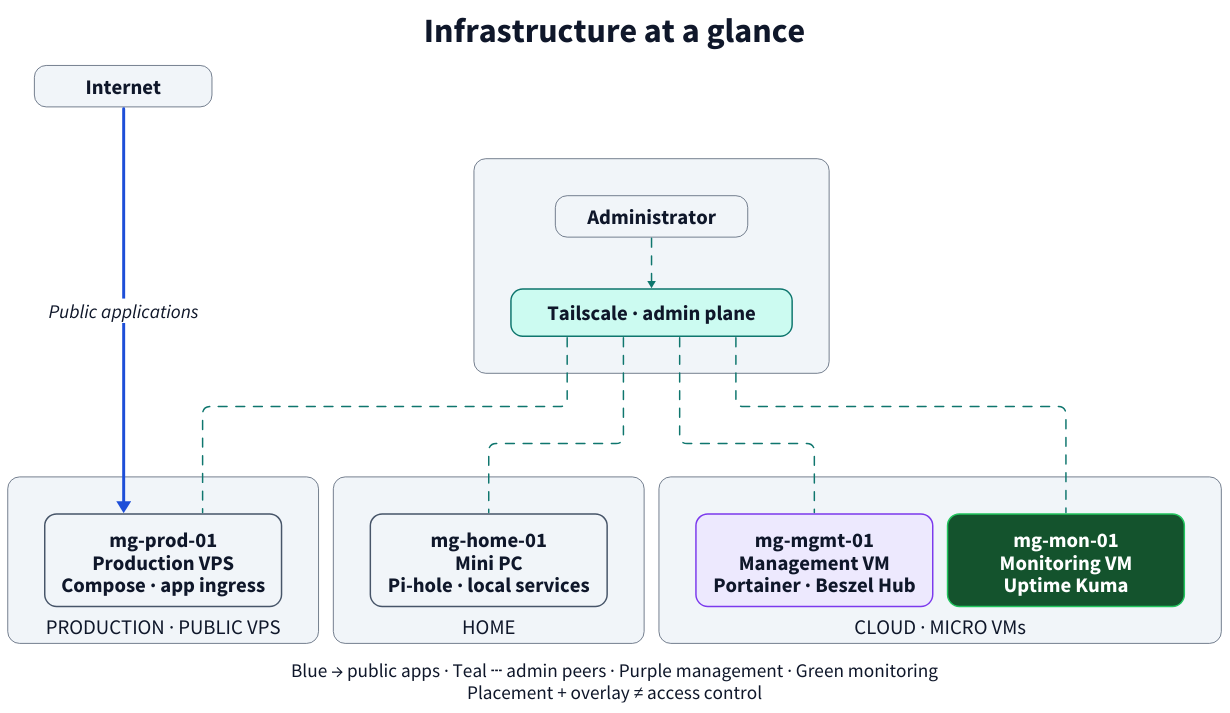
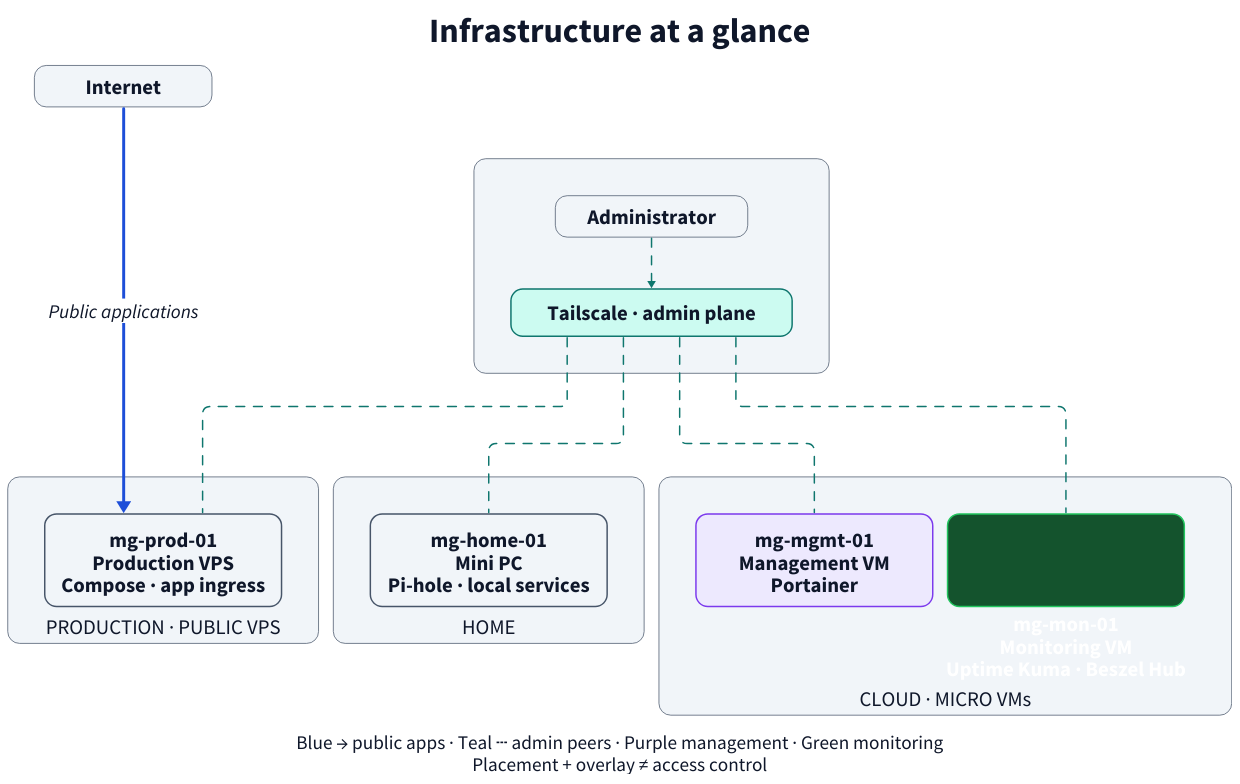
The diagram in diagrams/src/infrastructure-overview.d2 (matteo-genovese/mg-lab), drawn with D2 before and after one commit. The commit also changed 8 other files, not shown here.

Commit message:
adr 003: the metrics hub moved to the monitoring VM

```diff
--- a/diagrams/src/infrastructure-overview.d2
+++ b/diagrams/src/infrastructure-overview.d2
@@ -1,55 +1,55 @@
 direction: down
 vars: {d2-config: {layout-engine: elk; theme-id: 0}}
 **.style.font-size: 28
 **.style.font-color: "#0f172a"
 **.style.border-radius: 16
 classes: {
   group: {label.near: bottom-center; style: {fill: "#f1f5f9"; stroke: "#475569"; stroke-width: 1; font-size: 26; border-radius: 20}}
   host: {style: {fill: "#f1f5f9"; stroke: "#475569"; stroke-width: 2; font-size: 30; border-radius: 12}}
   actor: {style: {fill: "#f1f5f9"; stroke: "#475569"; stroke-width: 1; font-size: 28; border-radius: 24}}
   control: {style: {fill: "#ede9fe"; stroke: "#7c3aed"; stroke-width: 2; font-size: 30; border-radius: 12}}
   monitor: {style: {fill: "#14532d"; stroke: "#22c55e"; stroke-width: 2; font-size: 30; border-radius: 12}}
   overlay: {style: {fill: "#ccfbf1"; stroke: "#0f766e"; stroke-width: 2; font-size: 30; border-radius: 24}}
   public: {style: {stroke: "#1d4ed8"; stroke-width: 4; font-size: 26; font-color: "#0f172a"}}
   private: {style: {stroke: "#0f766e"; stroke-width: 2; stroke-dash: 6; font-size: 26; font-color: "#0f172a"}}
   local: {style: {stroke: "#475569"; stroke-width: 2; font-size: 26; font-color: "#0f172a"}}
 }
 
 title: "Infrastructure at a glance" {
   shape: text
   near: top-center
   style.font-size: 46
   style.bold: true
 }
 internet: "Internet" {class: actor; width: 240; height: 56}
 access: "" {
   direction: right
   class: group
   admin: "Administrator" {class: actor; width: 260; height: 56}
   tailnet: "Tailscale · admin plane" {class: overlay; width: 380; height: 64}
   admin -> tailnet: {class: private}
 }
 vps: "PRODUCTION · PUBLIC VPS" {
   class: group
   prod: "mg-prod-01\nProduction VPS\nCompose · app ingress" {class: host; width: 320; height: 125}
 }
 home: "HOME" {
   class: group
   node: "mg-home-01\nMini PC\nPi-hole · local services" {class: host; width: 320; height: 125}
 }
 cloud: "CLOUD · MICRO VMs" {
   class: group
-  mgmt: "mg-mgmt-01\nManagement VM\nPortainer · Beszel Hub" {class: control; width: 320; height: 125}
-  mon: "mg-mon-01\nMonitoring VM\nUptime Kuma" {class: monitor; width: 320; height: 125; style.font-color: "#ffffff"}
+  mgmt: "mg-mgmt-01\nManagement VM\nPortainer" {class: control; width: 320; height: 125}
+  mon: "mg-mon-01\nMonitoring VM\nUptime Kuma · Beszel Hub" {class: monitor; width: 320; height: 125; style.font-color: "#ffffff"}
 }
 internet -> vps.prod: "Public applications" {class: public}
 # Arrowless peer links: ELK direction is a layout constraint.
 access.tailnet -> vps.prod: {class: private; target-arrowhead.shape: none}
 access.tailnet -> home.node: {class: private; target-arrowhead.shape: none}
 access.tailnet -> cloud.mgmt: {class: private; target-arrowhead.shape: none}
 access.tailnet -> cloud.mon: {class: private; target-arrowhead.shape: none}
 legend: "Blue → public apps  ·  Teal ┄ admin peers  ·  Purple management  ·  Green monitoring\nPlacement + overlay ≠ access control" {
   shape: text
   near: bottom-center
   style.font-size: 26
 }
```
